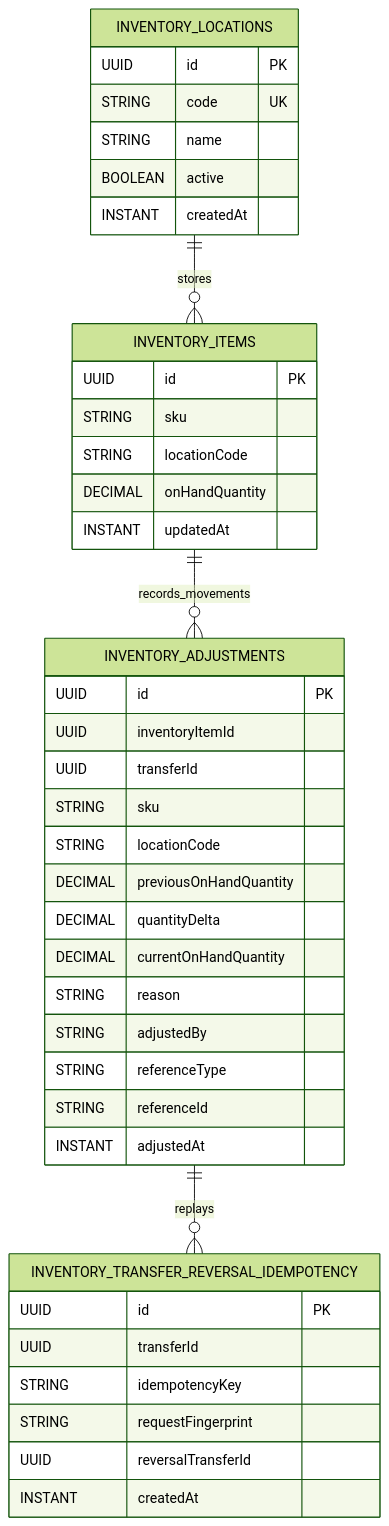
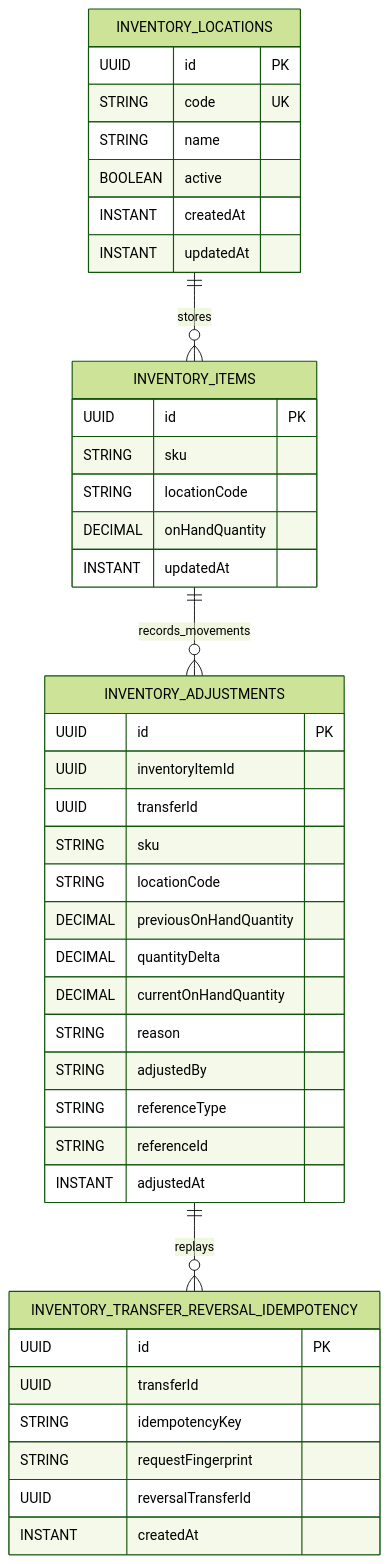
One commit to ArcanaERP/platform changed the diagram in docs/inventory-data-model.md. Above: the diagram before and after it, drawn with Mermaid (forest theme). The commit also changed other lines of this file and 12 other files, not shown here.

````diff
--- a/docs/inventory-data-model.md
+++ b/docs/inventory-data-model.md
@@ -7,47 +7,48 @@
 ```mermaid
 erDiagram
     INVENTORY_LOCATIONS ||--o{ INVENTORY_ITEMS : stores
     INVENTORY_ITEMS ||--o{ INVENTORY_ADJUSTMENTS : records_movements
     INVENTORY_ADJUSTMENTS ||--o{ INVENTORY_TRANSFER_REVERSAL_IDEMPOTENCY : replays
 
     INVENTORY_LOCATIONS {
       UUID id PK
       STRING code UK
       STRING name
       BOOLEAN active
       INSTANT createdAt
+      INSTANT updatedAt
     }
 
     INVENTORY_ITEMS {
       UUID id PK
       STRING sku
       STRING locationCode
       DECIMAL onHandQuantity
       INSTANT updatedAt
     }
 
     INVENTORY_ADJUSTMENTS {
       UUID id PK
       UUID inventoryItemId
       UUID transferId
       STRING sku
       STRING locationCode
       DECIMAL previousOnHandQuantity
       DECIMAL quantityDelta
       DECIMAL currentOnHandQuantity
       STRING reason
       STRING adjustedBy
       STRING referenceType
       STRING referenceId
       INSTANT adjustedAt
     }
 
     INVENTORY_TRANSFER_REVERSAL_IDEMPOTENCY {
       UUID id PK
       UUID transferId
       STRING idempotencyKey
       STRING requestFingerprint
       UUID reversalTransferId
       INSTANT createdAt
     }
 ```
````
